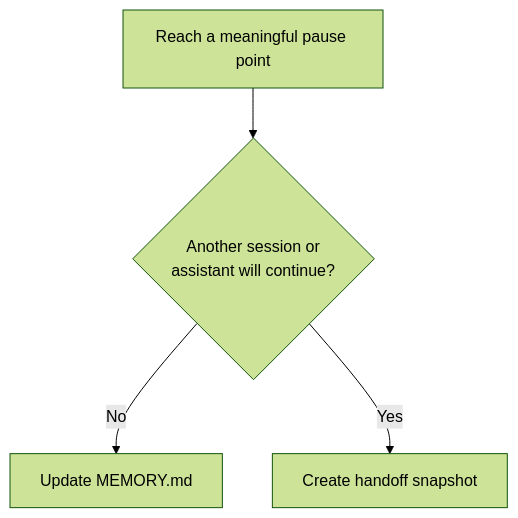
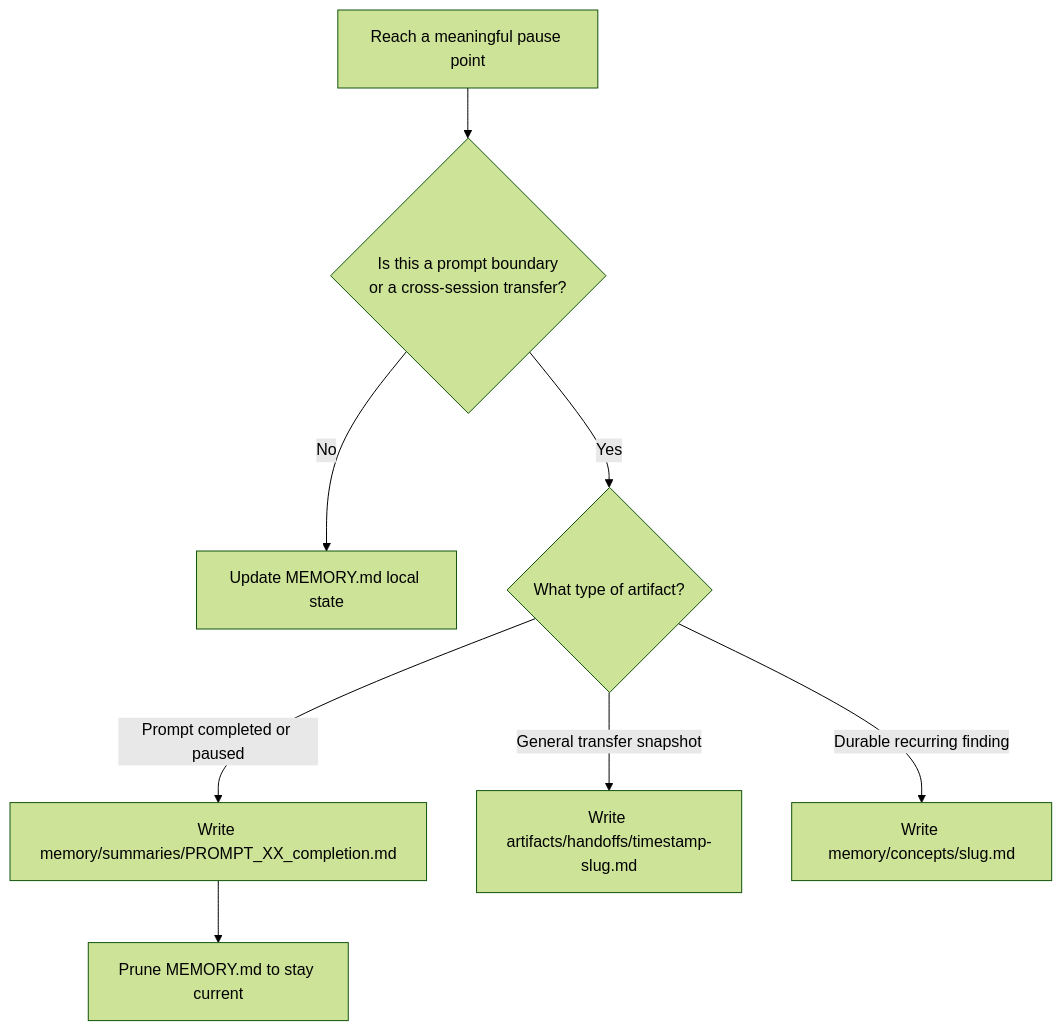
One commit to someflydev/agent-context-base changed the diagram in docs/memory-layer-overview.md. Above: the diagram before and after it, drawn with Mermaid (forest theme). The commit also changed other lines of this file, not shown here.

First line of the commit message:
[PROMPT_91] update memory-layer-overview.md for 3-tier model

````diff
--- a/docs/memory-layer-overview.md
+++ b/docs/memory-layer-overview.md
@@ -41,6 +27,10 @@
 ```mermaid
 flowchart TD
-    A[Reach a meaningful pause point] --> B{Another session or<br/>assistant will continue?}
-    B -- No --> C[Update MEMORY.md]
-    B -- Yes --> D[Create handoff snapshot]
+    A[Reach a meaningful pause point] --> B{Is this a prompt boundary\nor a cross-session transfer?}
+    B -- No --> C[Update MEMORY.md local state]
+    B -- Yes --> D{What type of artifact?}
+    D -- Prompt completed or paused --> E[Write memory/summaries/PROMPT_XX_completion.md]
+    D -- General transfer snapshot --> F[Write artifacts/handoffs/timestamp-slug.md]
+    D -- Durable recurring finding --> G[Write memory/concepts/slug.md]
+    E --> H[Prune MEMORY.md to stay current]
 ```
````
